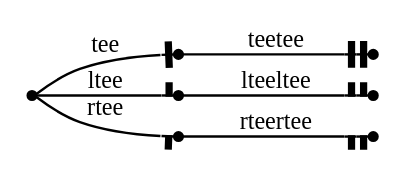
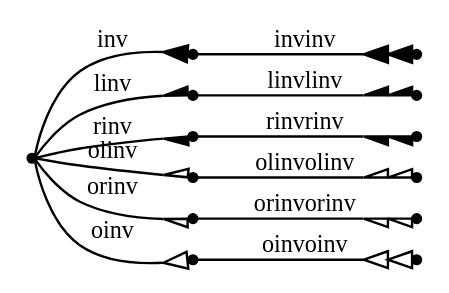
The diagram in out/clusters.out.08.007.gv (graphviz-perl/GraphViz2-Marpa-PathUtils), drawn with Graphviz before and after one commit. The commit also changed 45 other files, not shown here.

```diff
--- a/out/clusters.out.08.007.gv
+++ b/out/clusters.out.08.007.gv
@@ -1,13 +1,19 @@
 digraph G
 {
 	graph[rankdir = "LR" nodesep = "0"]
 	node[shape = "point" label = ""]
 	edge[fontsize = "10"]
-	_tee -> tee[arrowhead = "tee" label = "tee"]
-	tee -> teetee[arrowhead = "teetee" label = "teetee"]
-	_tee -> ltee[arrowhead = "ltee" label = "ltee"]
-	ltee -> lteeltee[arrowhead = "lteeltee" label = "lteeltee"]
-	_tee -> rtee[arrowhead = "rtee" label = "rtee"]
-	rtee -> rteertee[arrowhead = "rteertee" label = "rteertee"]
+	_inv -> inv[arrowhead = "inv" label = "inv"]
+	inv -> invinv[arrowhead = "invinv" label = "invinv"]
+	_inv -> linv[arrowhead = "linv" label = "linv"]
+	linv -> linvlinv[arrowhead = "linvlinv" label = "linvlinv"]
+	_inv -> rinv[arrowhead = "rinv" label = "rinv"]
+	rinv -> rinvrinv[arrowhead = "rinvrinv" label = "rinvrinv"]
+	_inv -> olinv[arrowhead = "olinv" label = "olinv"]
+	olinv -> olinvolinv[arrowhead = "olinvolinv" label = "olinvolinv"]
+	_inv -> orinv[arrowhead = "orinv" label = "orinv"]
+	orinv -> orinvorinv[arrowhead = "orinvorinv" label = "orinvorinv"]
+	_inv -> oinv[arrowhead = "oinv" label = "oinv"]
+	oinv -> oinvoinv[arrowhead = "oinvoinv" label = "oinvoinv"]
 
 }
```
